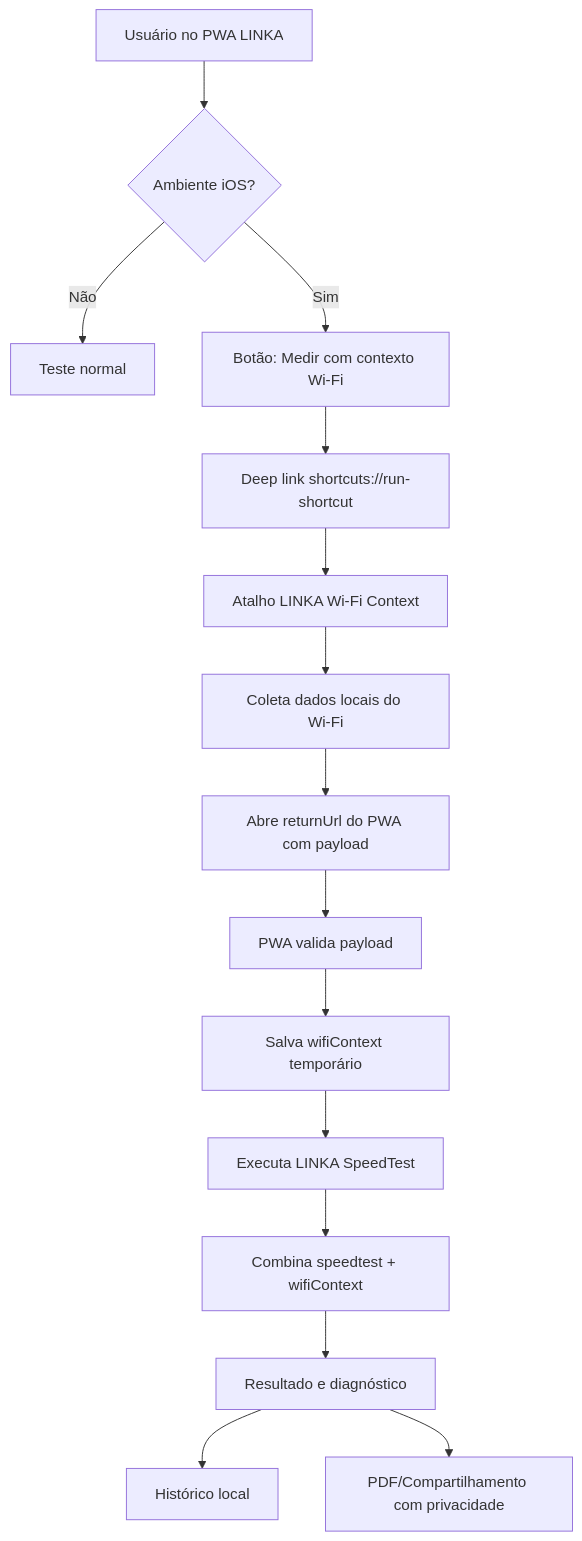
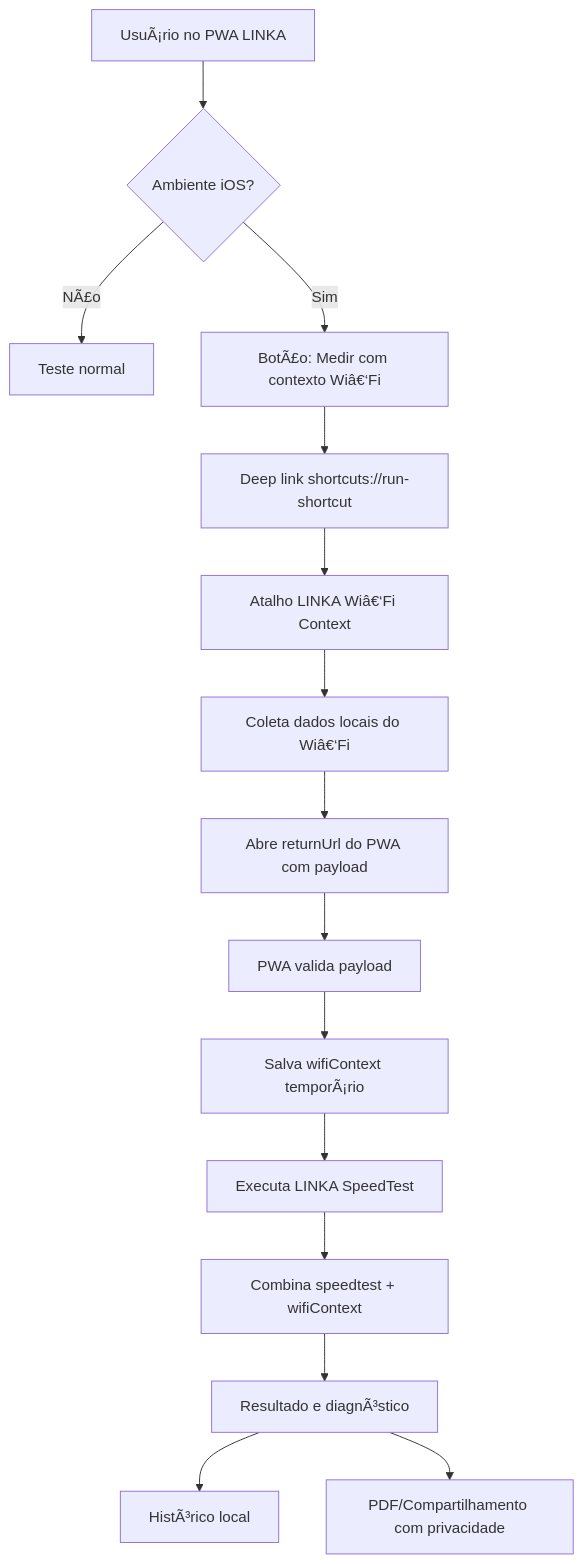
Before and after one commit to gmmattey/linka-speedtest: the first of 2 diagrams in docs/Feature iOS - Obter Dados WiFi via Atalho.md, drawn with Mermaid. The commit also changed other lines of this file and 175 other files, not shown here.

````diff
--- a/docs/Feature iOS - Obter Dados WiFi via Atalho.md
+++ b/docs/Feature iOS - Obter Dados WiFi via Atalho.md
@@ -187,17 +187,17 @@
 ```mermaid
 flowchart TD
-    A[Usuário no PWA LINKA] --> B{Ambiente iOS?}
-    B -- Não --> C[Teste normal]
-    B -- Sim --> D[Botão: Medir com contexto Wi‑Fi]
+    A[UsuÃ¡rio no PWA LINKA] --> B{Ambiente iOS?}
+    B -- NÃ£o --> C[Teste normal]
+    B -- Sim --> D[BotÃ£o: Medir com contexto Wiâ€‘Fi]
     D --> E[Deep link shortcuts://run-shortcut]
-    E --> F[Atalho LINKA Wi‑Fi Context]
-    F --> G[Coleta dados locais do Wi‑Fi]
+    E --> F[Atalho LINKA Wiâ€‘Fi Context]
+    F --> G[Coleta dados locais do Wiâ€‘Fi]
     G --> H[Abre returnUrl do PWA com payload]
     H --> I[PWA valida payload]
-    I --> J[Salva wifiContext temporário]
+    I --> J[Salva wifiContext temporÃ¡rio]
     J --> K[Executa LINKA SpeedTest]
     K --> L[Combina speedtest + wifiContext]
-    L --> M[Resultado e diagnóstico]
-    M --> N[Histórico local]
+    L --> M[Resultado e diagnÃ³stico]
+    M --> N[HistÃ³rico local]
     M --> O[PDF/Compartilhamento com privacidade]
 ```
````
